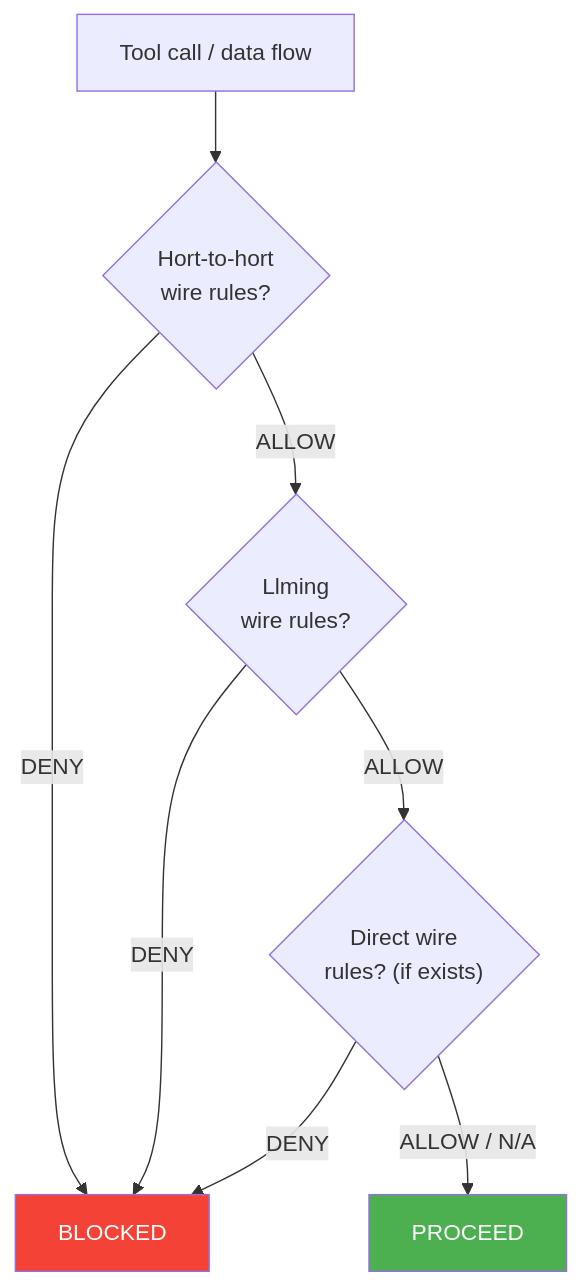
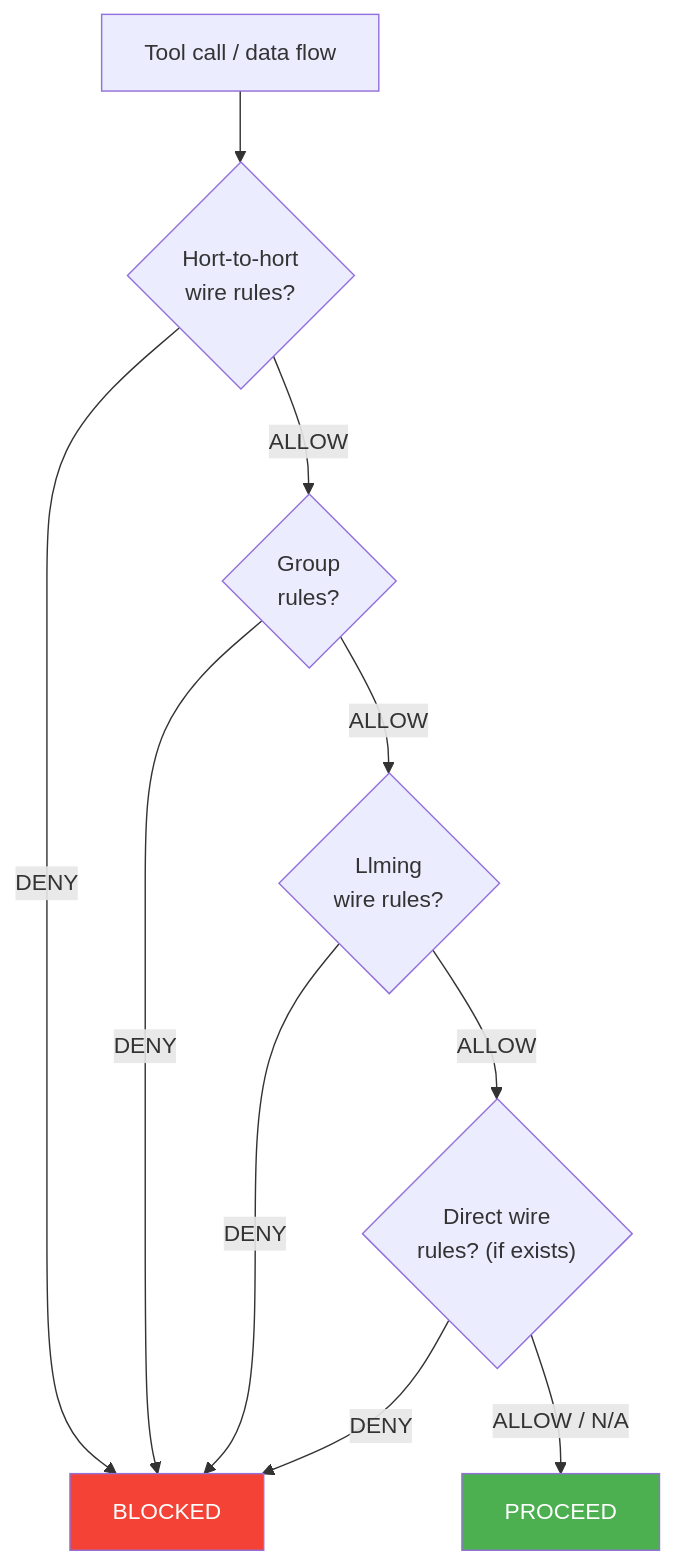
One commit to openhort/openhort changed the seventh of 14 diagrams in docs/manual/internals/security/wiring-model.md. Above: the diagram before and after it, drawn with Mermaid. The commit also changed other lines of this file and 1 other file, not shown here.

````diff
--- a/docs/manual/internals/security/wiring-model.md
+++ b/docs/manual/internals/security/wiring-model.md
@@ -271,13 +271,15 @@
 ```mermaid
 flowchart TD
     CALL["Tool call / data flow"] --> F1{"Hort-to-hort<br/>wire rules?"}
     F1 -->|"DENY"| BLOCKED["BLOCKED"]
-    F1 -->|"ALLOW"| F2{"Llming<br/>wire rules?"}
+    F1 -->|"ALLOW"| F2{"Group<br/>rules?"}
     F2 -->|"DENY"| BLOCKED
-    F2 -->|"ALLOW"| F3{"Direct wire<br/>rules? (if exists)"}
+    F2 -->|"ALLOW"| F3{"Llming<br/>wire rules?"}
     F3 -->|"DENY"| BLOCKED
-    F3 -->|"ALLOW / N/A"| OK["PROCEED"]
+    F3 -->|"ALLOW"| F4{"Direct wire<br/>rules? (if exists)"}
+    F4 -->|"DENY"| BLOCKED
+    F4 -->|"ALLOW / N/A"| OK["PROCEED"]
     
     style BLOCKED fill:#f44336,color:#fff
     style OK fill:#4caf50,color:#fff
 ```
````
